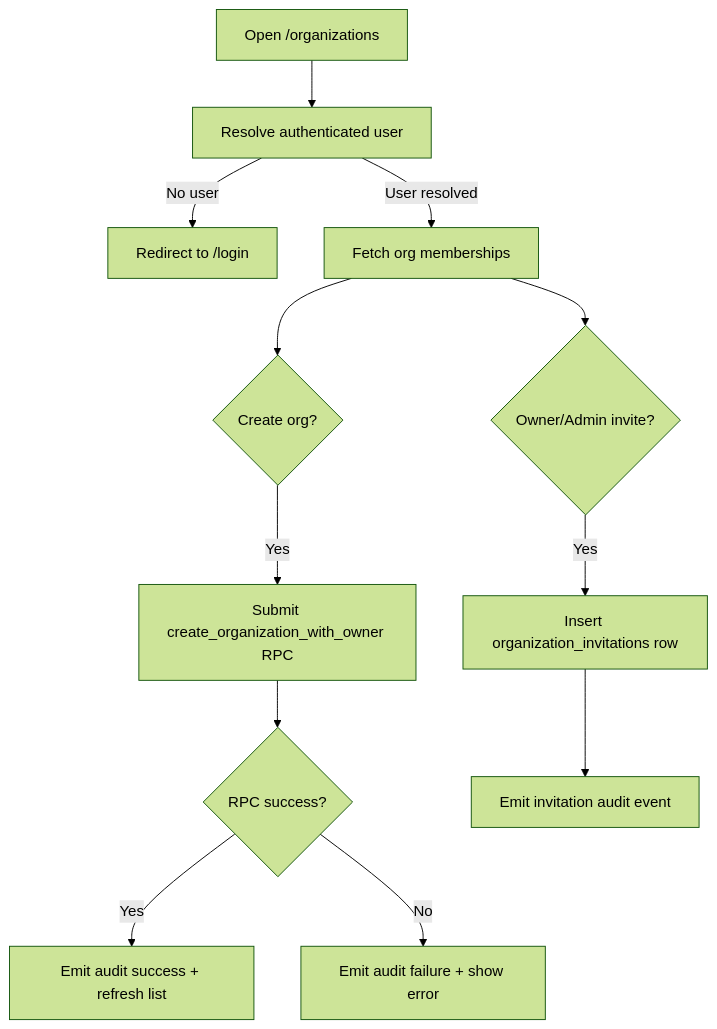
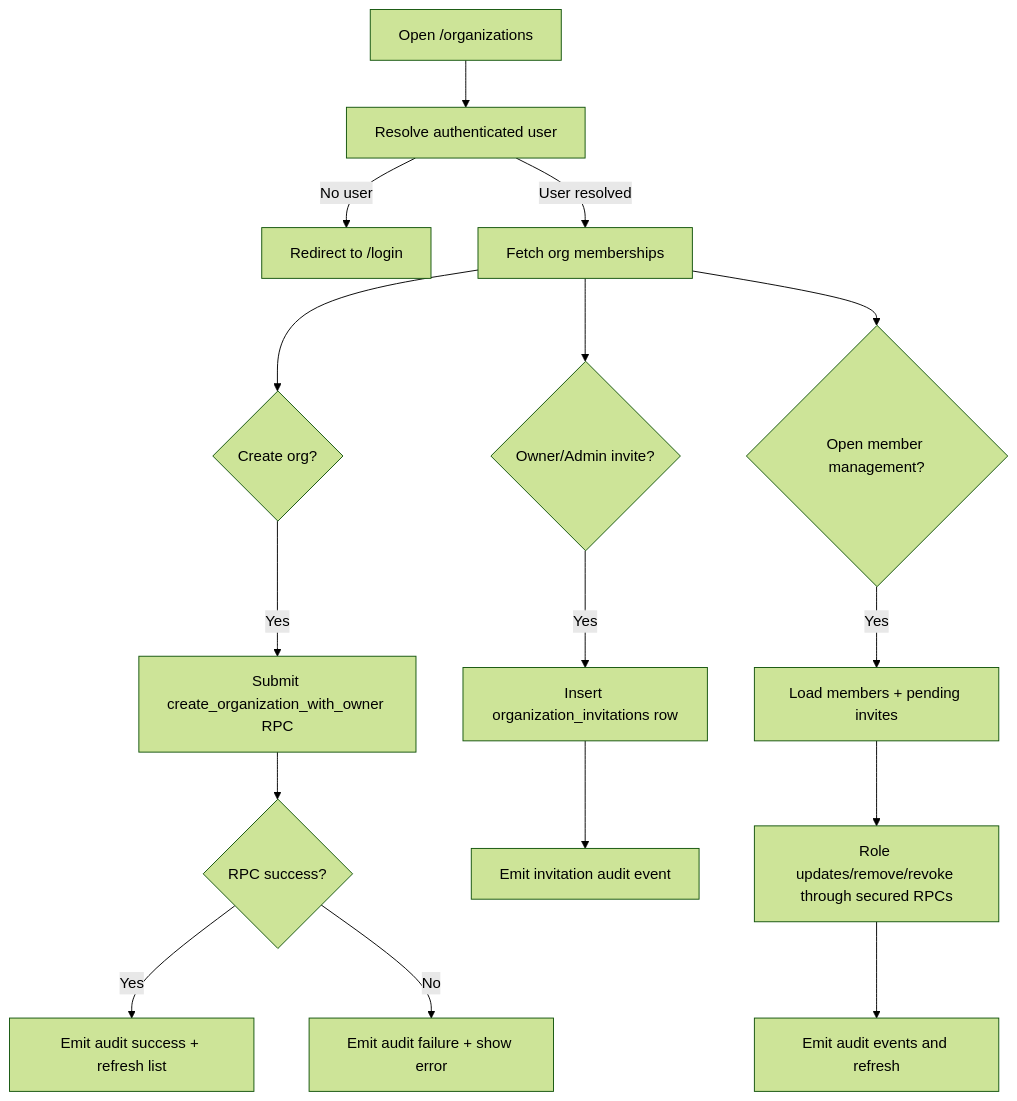
The diagram in app/components/organizations/README.md (AmanVatsSharma/AiCloudStorage), drawn with Mermaid (forest theme) before and after one commit. The commit also changed other lines of this file and 8 other files, not shown here.

Commit message:
Add organization member management page with secured RPC actions

````diff
--- a/app/components/organizations/README.md
+++ b/app/components/organizations/README.md
@@ -25,14 +32,18 @@
 ```mermaid
 flowchart TD
   A[Open /organizations] --> B[Resolve authenticated user]
   B -->|No user| C[Redirect to /login]
   B -->|User resolved| D[Fetch org memberships]
   D --> E{Create org?}
   E -->|Yes| F[Submit create_organization_with_owner RPC]
   F --> G{RPC success?}
   G -->|Yes| H[Emit audit success + refresh list]
   G -->|No| I[Emit audit failure + show error]
   D --> J{Owner/Admin invite?}
   J -->|Yes| K[Insert organization_invitations row]
   K --> L[Emit invitation audit event]
+  D --> M{Open member management?}
+  M -->|Yes| N[Load members + pending invites]
+  N --> O[Role updates/remove/revoke through secured RPCs]
+  O --> P[Emit audit events and refresh]
 ```
````
